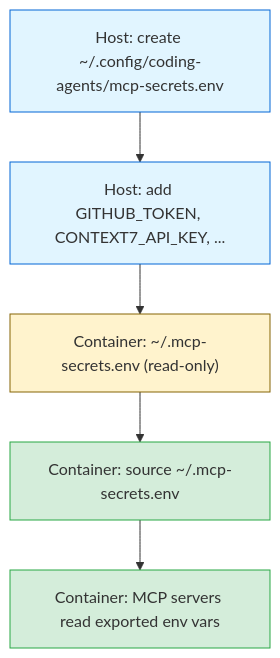
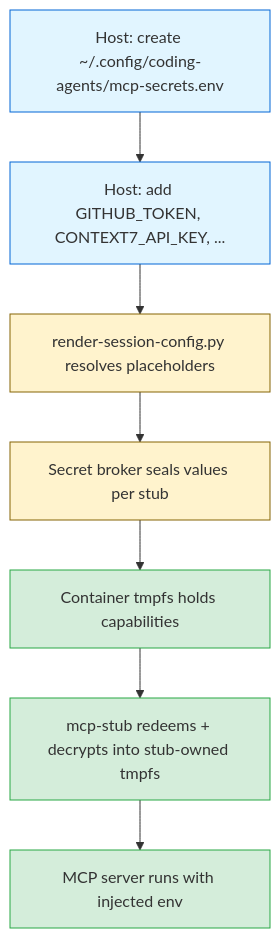
The sixth of 13 diagrams in docs/architecture.md (novotnyllc/ContainAI), drawn with Mermaid before and after one commit. The commit also changed other lines of this file and 13 other files, not shown here.

First line of the commit message:
feat: Implement secure MCP stub execution and configuration rendering

````diff
--- a/docs/architecture.md
+++ b/docs/architecture.md
@@ -261,16 +243,20 @@
 ```mermaid
 flowchart TB
     create["Host: create ~/.config/coding-agents/mcp-secrets.env"]
     populate["Host: add GITHUB_TOKEN, CONTEXT7_API_KEY, ..."]
-    mountSecret["Container: ~/.mcp-secrets.env (read-only)"]
-    sourceFile["Container: source ~/.mcp-secrets.env"]
-    envReady["Container: MCP servers read exported env vars"]
+    renderer["render-session-config.py resolves placeholders"]
+    brokerStore["Secret broker seals values per stub"]
+    tmpfsNode["Container tmpfs holds capabilities"]
+    stub["mcp-stub redeems + decrypts into stub-owned tmpfs"]
+    envReady["MCP server runs with injected env"]
 
-    create --> populate --> mountSecret --> sourceFile --> envReady
+    create --> populate --> renderer --> brokerStore --> tmpfsNode --> stub --> envReady
 
     style create fill:#e1f5ff,stroke:#0366d6
     style populate fill:#e1f5ff,stroke:#0366d6
-    style mountSecret fill:#fff3cd,stroke:#856404
-    style sourceFile fill:#d4edda,stroke:#28a745
+    style renderer fill:#fff3cd,stroke:#856404
+    style brokerStore fill:#fff3cd,stroke:#856404
+    style tmpfsNode fill:#d4edda,stroke:#28a745
+    style stub fill:#d4edda,stroke:#28a745
     style envReady fill:#d4edda,stroke:#28a745
 ```
````
